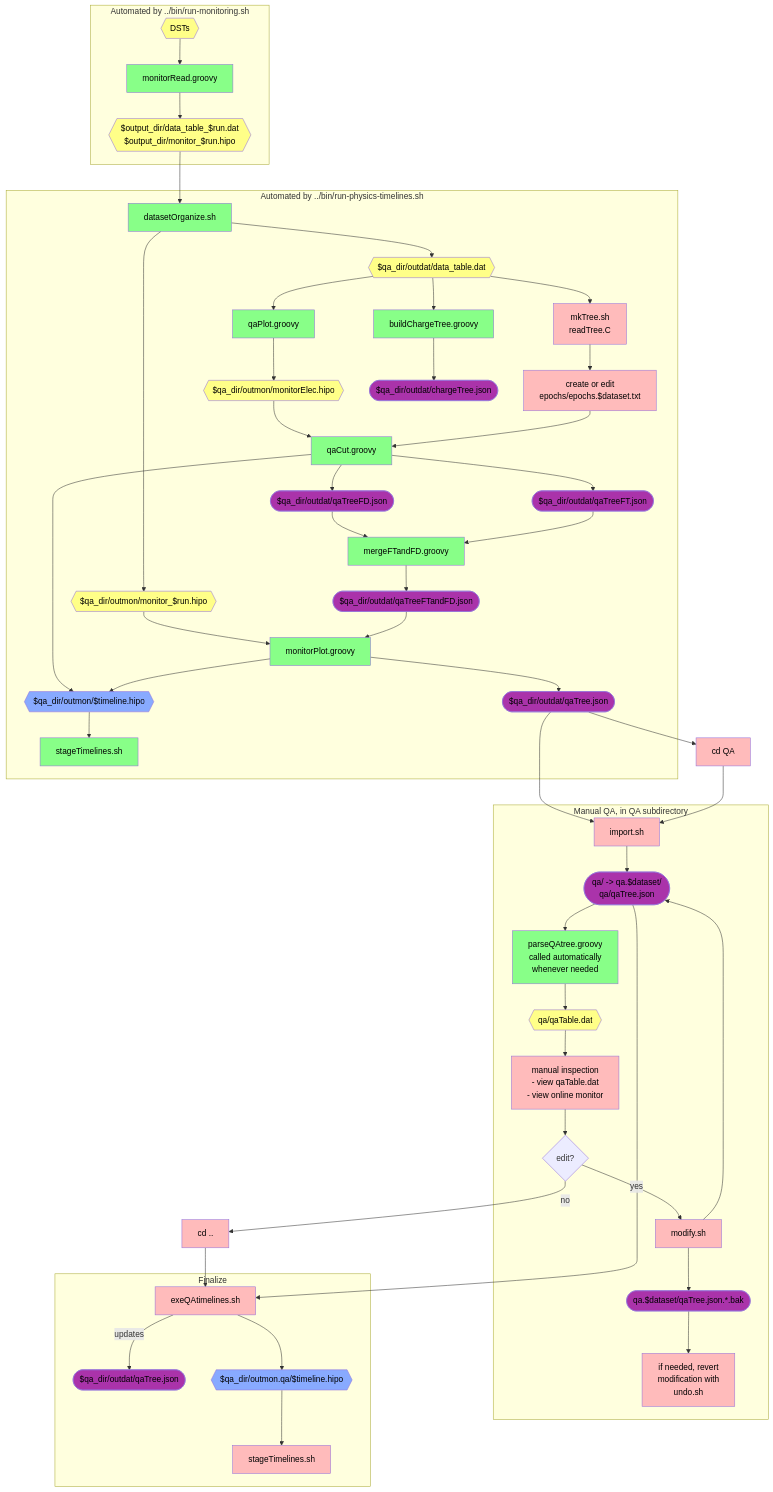
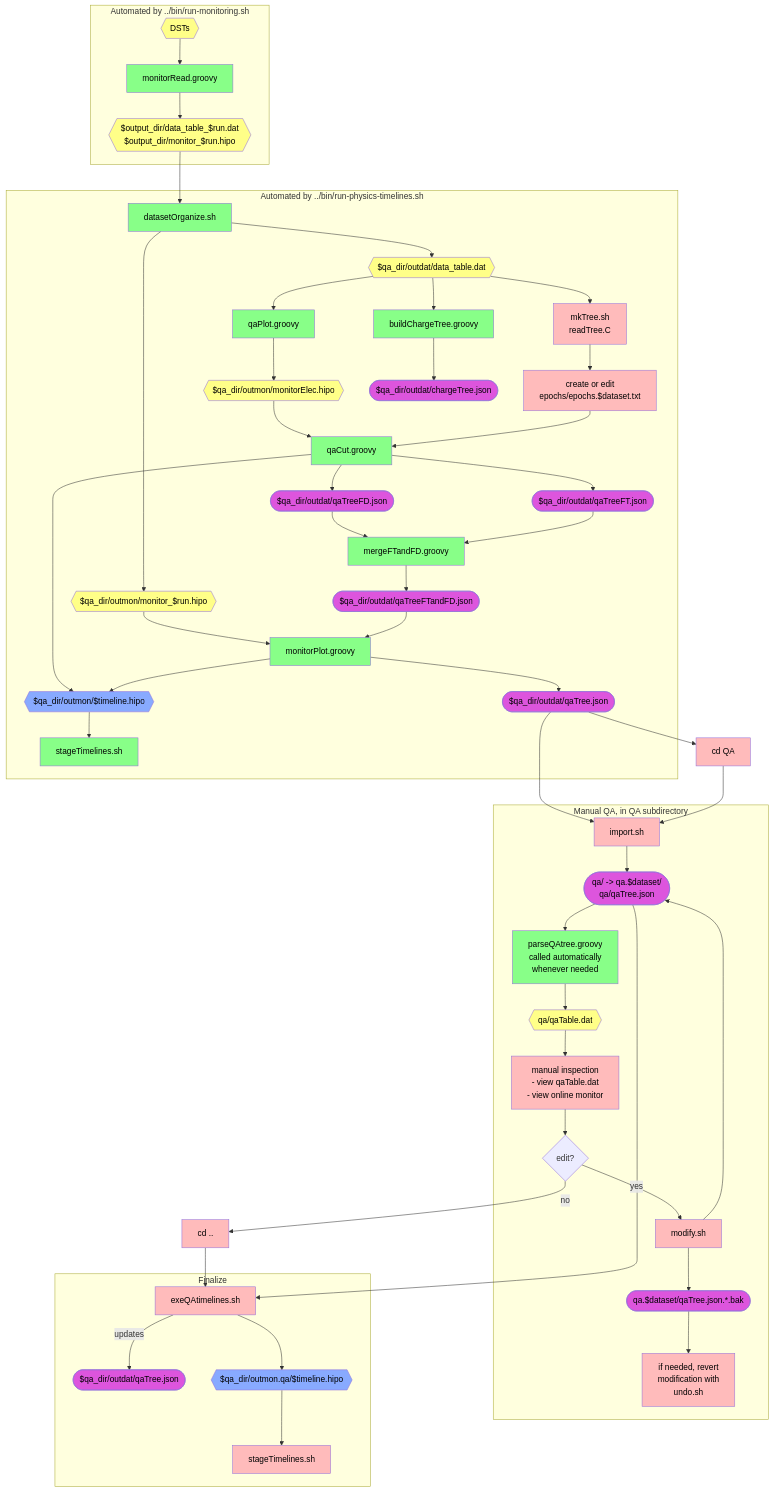
The second of 2 diagrams in qa-physics/docs/docDiagram.md (JeffersonLab/clas12-timeline), drawn with Mermaid before and after one commit. The commit also changed other lines of this file, not shown here.

Commit message:
style: brighter

````diff
--- a/qa-physics/docs/docDiagram.md
+++ b/qa-physics/docs/docDiagram.md
@@ -125,5 +125,5 @@
     classDef auto fill:#8f8,color:black
     classDef manual fill:#fbb,color:black
     classDef timeline fill:#8af,color:black
-    classDef json fill:#a3a,color:black
+    classDef json fill:#d5d,color:black
 ```
````
